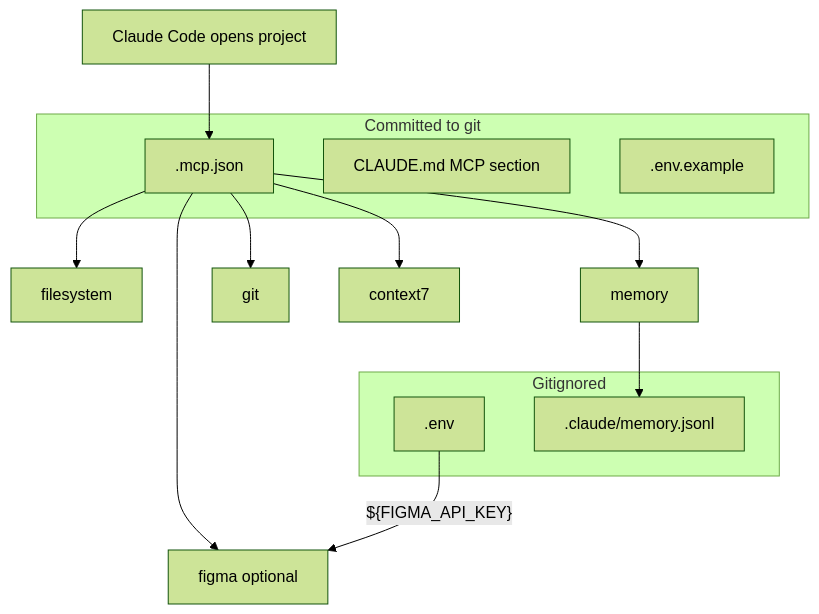
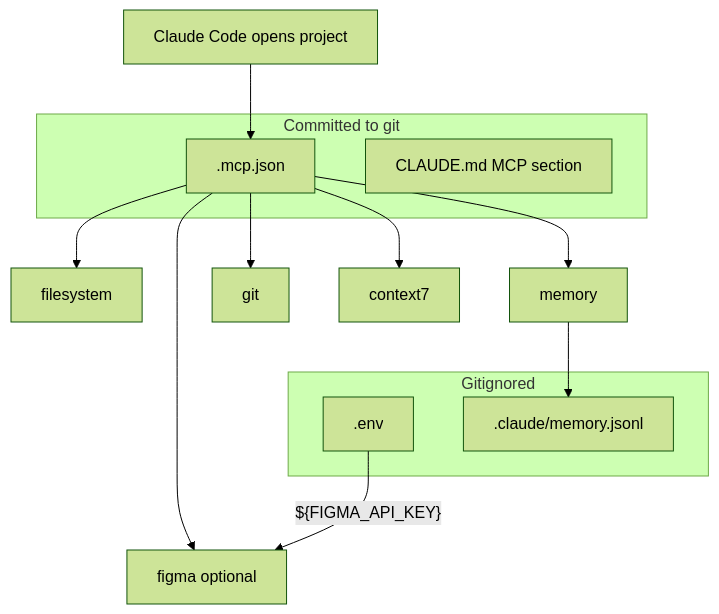
One commit to griebenowschalk/copilot-playground changed the diagram in guide/step-5-mcp.md. Above: the diagram before and after it, drawn with Mermaid (forest theme). The commit also changed other lines of this file and 12 other files, not shown here.

````diff
--- a/guide/step-5-mcp.md
+++ b/guide/step-5-mcp.md
@@ -19,20 +19,19 @@
 ```mermaid
 flowchart TB
   subgraph committed [Committed to git]
     mcpJson[".mcp.json"]
     claudeMd["CLAUDE.md MCP section"]
-    envExample[".env.example"]
   end
   subgraph gitignored [Gitignored]
     dotEnv[".env"]
     memoryFile[".claude/memory.jsonl"]
   end
   claudeOpen["Claude Code opens project"] --> mcpJson
   mcpJson --> filesystemMCP[filesystem]
   mcpJson --> memoryMCP[memory]
   mcpJson --> gitMCP[git]
   mcpJson --> context7MCP[context7]
   mcpJson --> figmaMCP[figma optional]
   dotEnv -->|"${FIGMA_API_KEY}"| figmaMCP
   memoryMCP --> memoryFile
 ```
````
